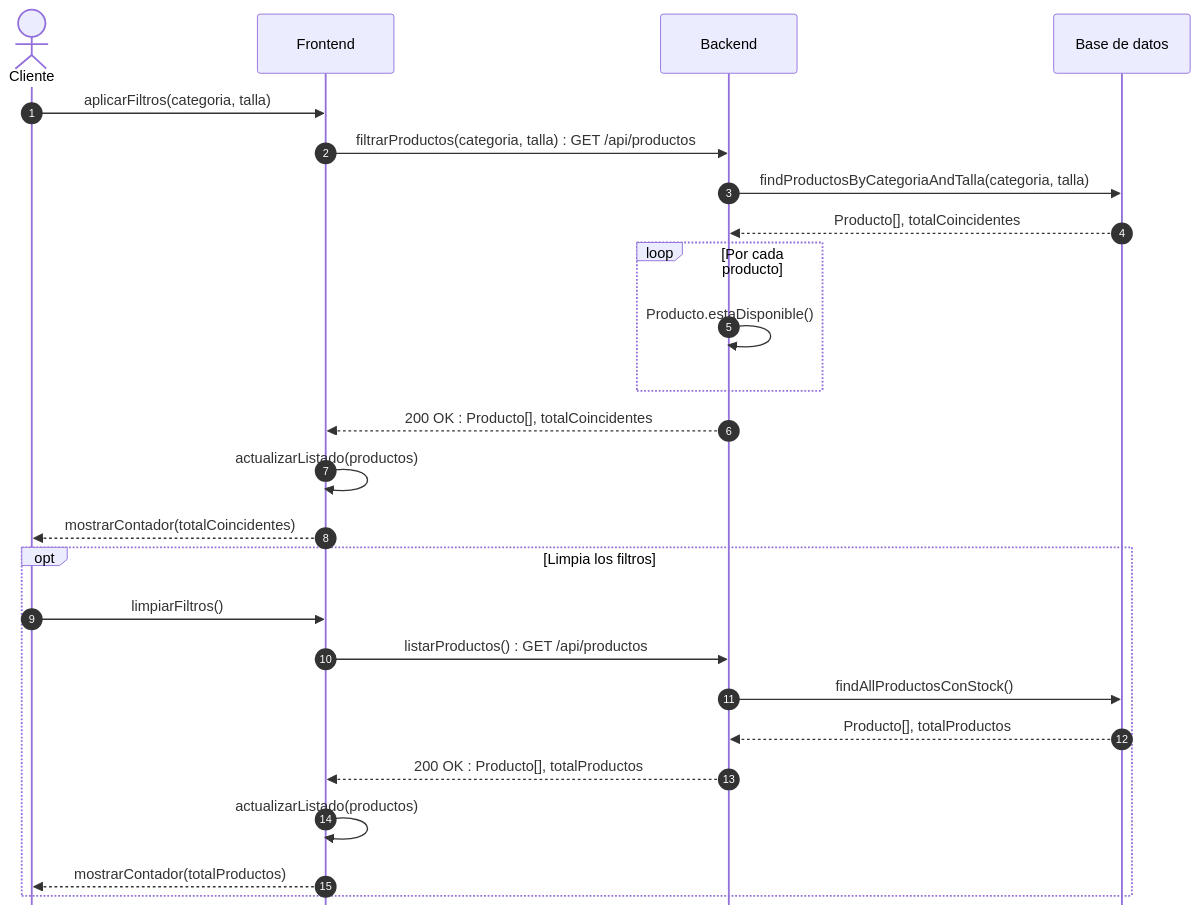
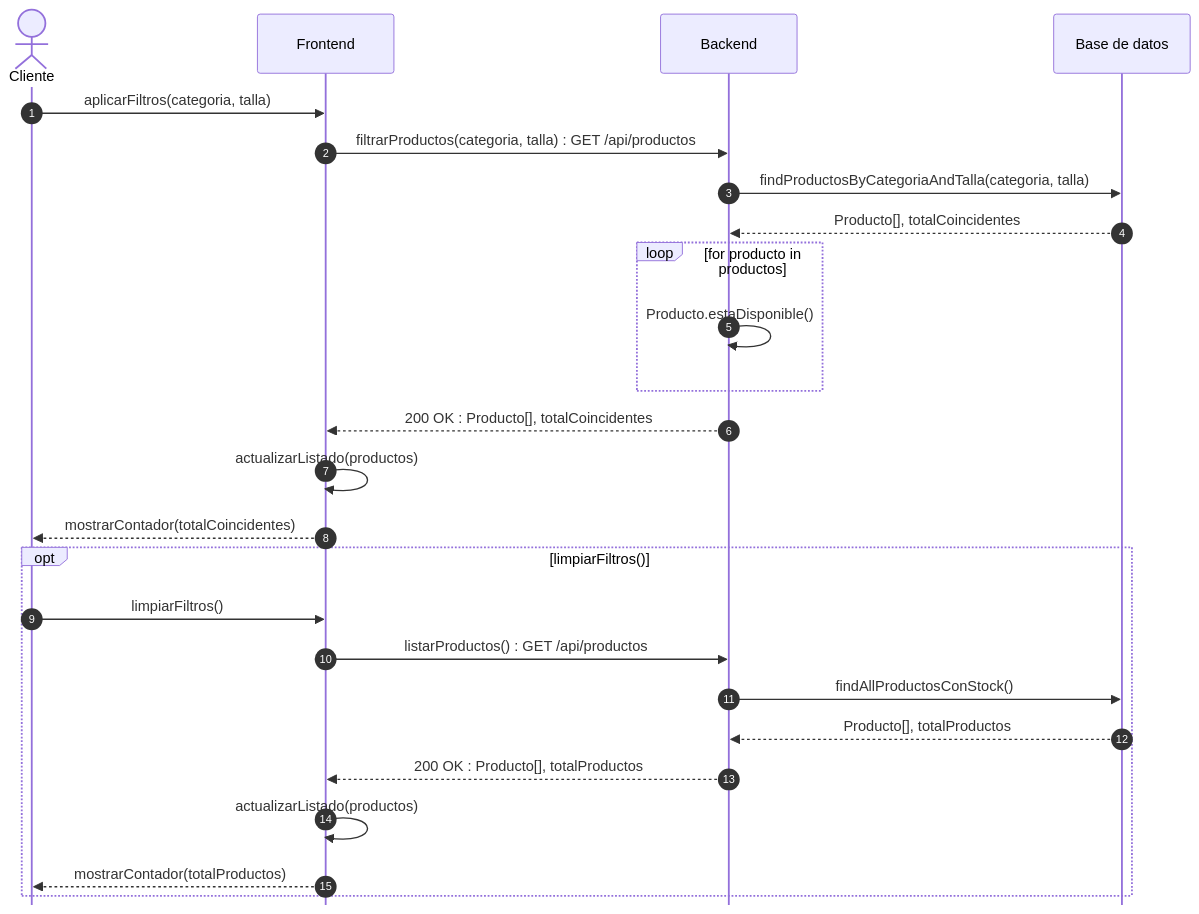
Before and after one commit to ajgarciarias10/PR3GPS: the diagram in Practica3_G11_LaTeX/codigo/sec_us06.mmd, drawn with Mermaid. The commit also changed 22 other files, not shown here.

```diff
--- a/Practica3_G11_LaTeX/codigo/sec_us06.mmd
+++ b/Practica3_G11_LaTeX/codigo/sec_us06.mmd
@@ -1,26 +1,26 @@
 %%{init: {'sequence': {'mirrorActors': false}}}%%
 sequenceDiagram
     autonumber
     actor U as Cliente
     participant FE as Frontend
     participant BE as Backend
     participant DB as Base de datos
     U->>FE: aplicarFiltros(categoria, talla)
     FE->>BE: filtrarProductos(categoria, talla) : GET /api/productos
     BE->>DB: findProductosByCategoriaAndTalla(categoria, talla)
     DB-->>BE: Producto[], totalCoincidentes
-    loop Por cada producto
+    loop for producto in productos
         BE->>BE: Producto.estaDisponible()
     end
     BE-->>FE: 200 OK : Producto[], totalCoincidentes
     FE->>FE: actualizarListado(productos)
     FE-->>U: mostrarContador(totalCoincidentes)
-    opt Limpia los filtros
+    opt limpiarFiltros()
         U->>FE: limpiarFiltros()
         FE->>BE: listarProductos() : GET /api/productos
         BE->>DB: findAllProductosConStock()
         DB-->>BE: Producto[], totalProductos
         BE-->>FE: 200 OK : Producto[], totalProductos
         FE->>FE: actualizarListado(productos)
         FE-->>U: mostrarContador(totalProductos)
     end
```
